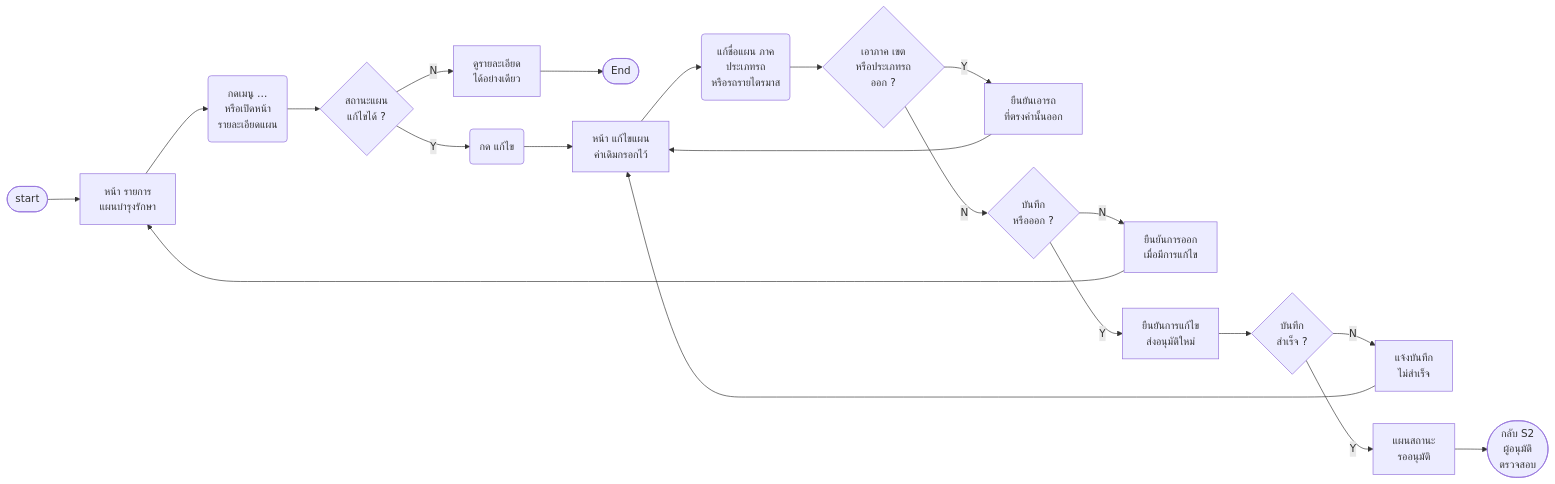
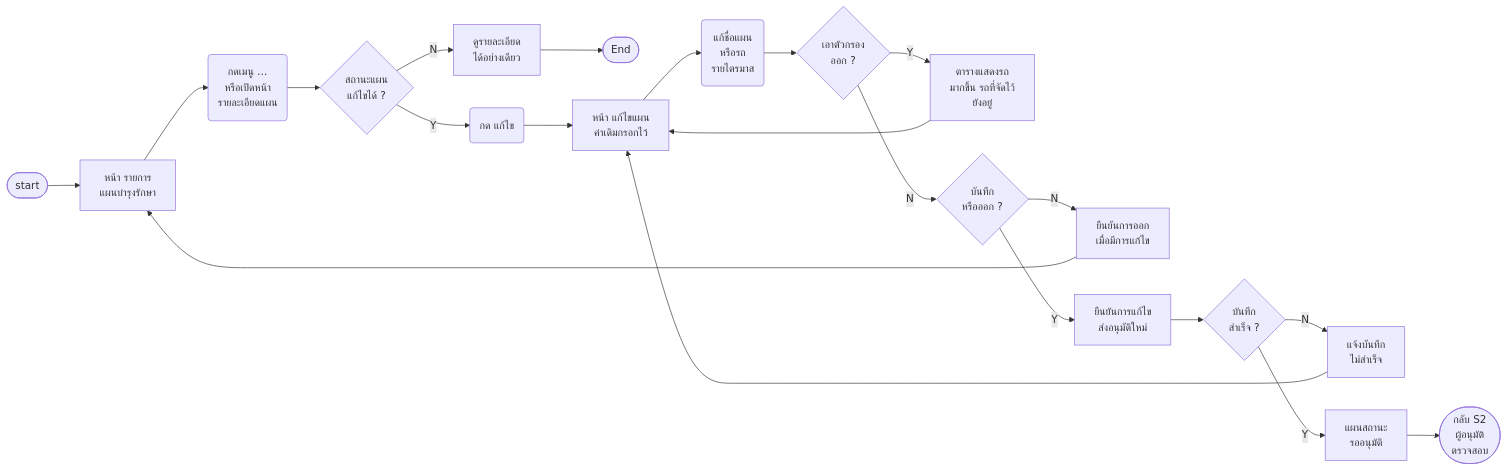
One commit to anugmail/Maintenance-Request-Form changed diagram 16 of 21 in Diagram/01-บำรุงรักษาตามวาระ/14-บำรุงรักษา-userflow.md. Above: the diagram before and after it, drawn with Mermaid. The commit also changed other lines of this file and 52 other files, not shown here.

````diff
--- a/Diagram/01-บำรุงรักษาตามวาระ/14-บำรุงรักษา-userflow.md
+++ b/Diagram/01-บำรุงรักษาตามวาระ/14-บำรุงรักษา-userflow.md
@@ -735,24 +806,24 @@
 ```mermaid
 flowchart LR
     S([start]) --> D1["หน้า รายการ<br/>แผนบำรุงรักษา"]
     D1 --> A1("กดเมนู …<br/>หรือเปิดหน้า<br/>รายละเอียดแผน")
     A1 --> Q1{"สถานะแผน<br/>แก้ไขได้ ?"}
     Q1 -->|N| D2["ดูรายละเอียด<br/>ได้อย่างเดียว"]
     D2 --> E1([End])
     Q1 -->|Y| A2("กด แก้ไข")
     A2 --> D3["หน้า แก้ไขแผน<br/>ค่าเดิมกรอกไว้"]
-    D3 --> A3("แก้ชื่อแผน ภาค<br/>ประเภทรถ<br/>หรือรถรายไตรมาส")
-    A3 --> Q2{"เอาภาค เขต<br/>หรือประเภทรถ<br/>ออก ?"}
-    Q2 -->|Y| D4["ยืนยันเอารถ<br/>ที่ตรงค่านั้นออก"]
+    D3 --> A3("แก้ชื่อแผน<br/>หรือรถ<br/>รายไตรมาส")
+    A3 --> Q2{"เอาตัวกรอง<br/>ออก ?"}
+    Q2 -->|Y| D4["ตารางแสดงรถ<br/>มากขึ้น รถที่จัดไว้<br/>ยังอยู่"]
     D4 --> D3
     Q2 -->|N| Q3{"บันทึก<br/>หรือออก ?"}
     Q3 -->|N| D5["ยืนยันการออก<br/>เมื่อมีการแก้ไข"]
     D5 --> D1
     Q3 -->|Y| D6["ยืนยันการแก้ไข<br/>ส่งอนุมัติใหม่"]
     D6 --> Q4{"บันทึก<br/>สำเร็จ ?"}
     Q4 -->|N| D7["แจ้งบันทึก<br/>ไม่สำเร็จ"]
     D7 --> D3
     Q4 -->|Y| D8["แผนสถานะ<br/>รออนุมัติ"]
     D8 --> E2(["กลับ S2<br/>ผู้อนุมัติ<br/>ตรวจสอบ"])
     %% Q: Q1 | Q34 ❓ แผนที่อนุมัติแล้ว แก้เรื่องเล็กน้อย เช่น ชื่อแผน ต้องส่งอนุมัติใหม่ทุกครั้งหรือไม่ (ตอนนี้ใส่ไว้ก่อนว่าต้องส่งทุกครั้ง)
 ```
````
